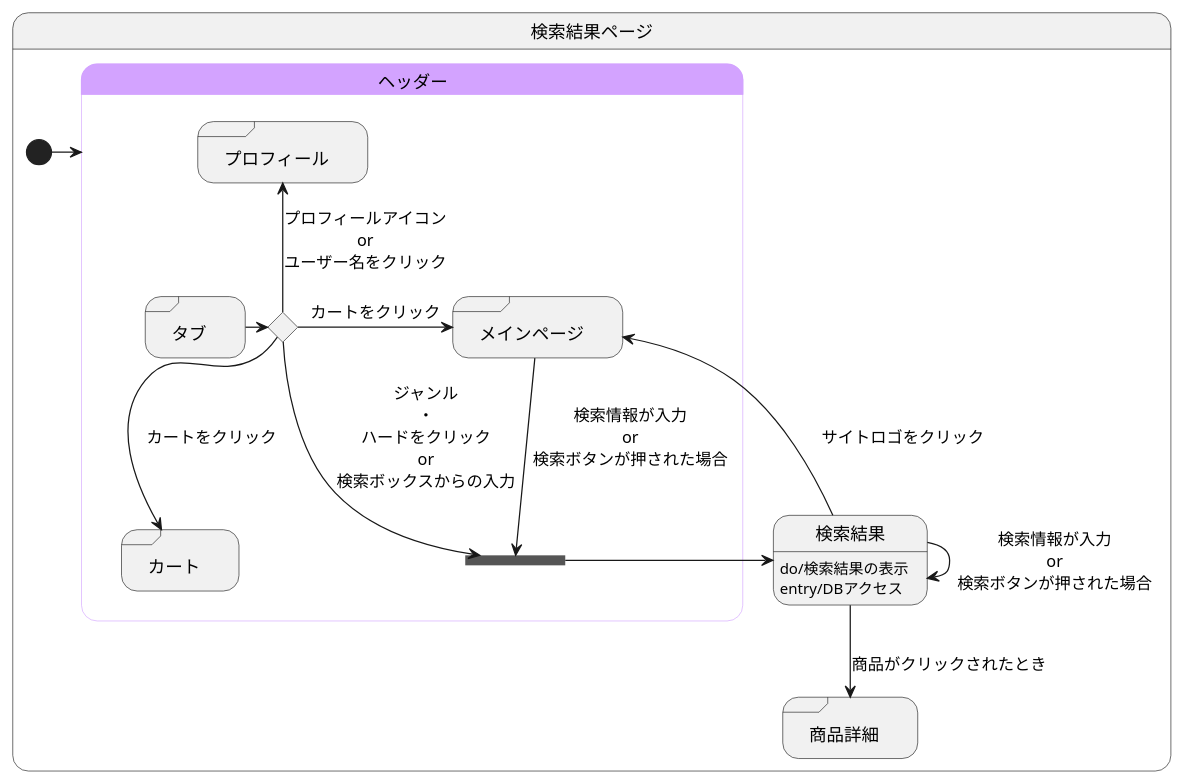
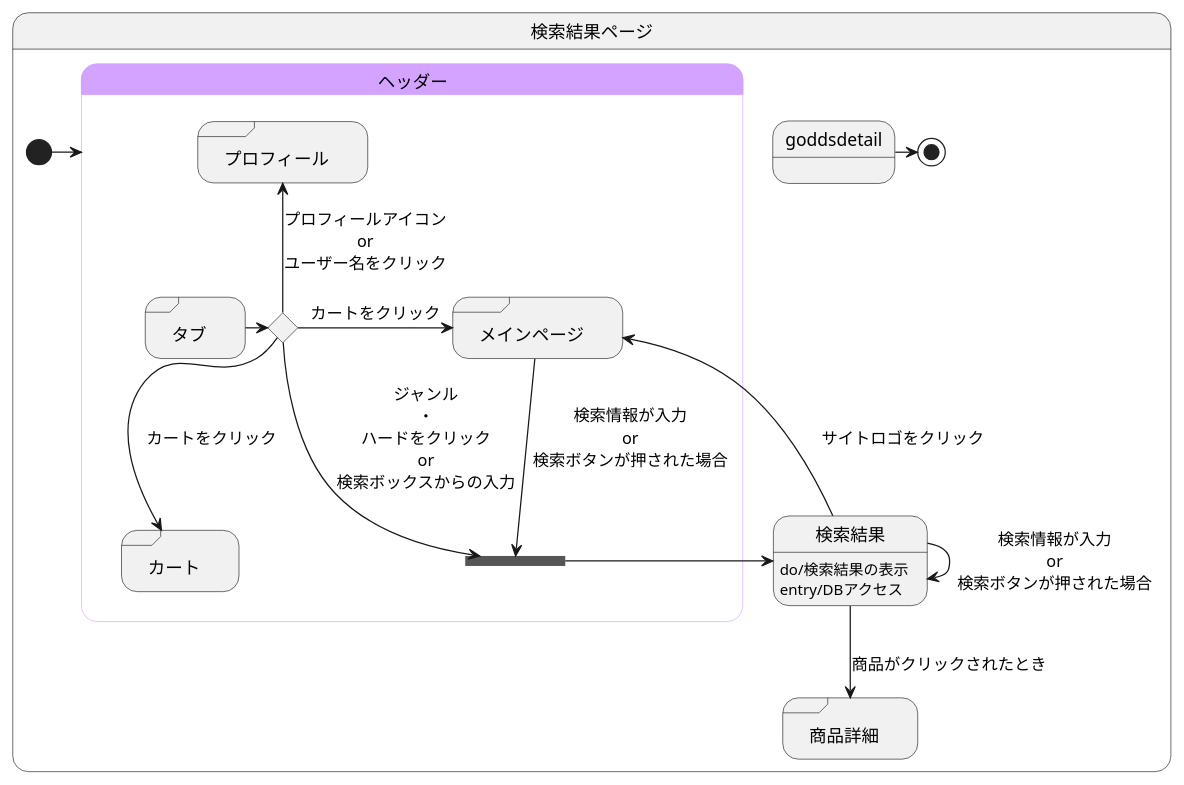
The diagram in 検索結果.md (akutori/T-D-E), drawn with PlantUML before and after one commit.

Commit message:
終点の追加

````diff
--- a/検索結果.md
+++ b/検索結果.md
@@ -1,43 +1,44 @@
 ```uml
 @startuml
 state 検索結果ページ{
 
 
     state 検索結果:do/検索結果の表示
     state 検索結果:entry/DBアクセス
     state "商品詳細" as goodsdetail <<sdlreceive>>
     
 
 
     [*] -> ヘッダー
     
     検索結果 --> goodsdetail :商品がクリックされたとき
     検索結果 --> 検索結果 :検索情報が入力\nor\n検索ボタンが押された場合
+    goddsdetail -> [*]
     
 
     state ヘッダー<<headder>>{
         state join_header <<join>>
         state ifinput <<choice>>
         state "タブ" as tab <<sdlreceive>>
         state "カート" as cart <<sdlreceive>>
         state "プロフィール" as profile <<sdlreceive>>
         state "メインページ" as mainpage <<sdlreceive>>
 
         tab -> ifinput 
         ifinput --> cart :カートをクリック
         ifinput -up-> profile :プロフィールアイコン\nor\nユーザー名をクリック
         ifinput -> mainpage :カートをクリック
         ifinput --> join_header :ジャンル\n・\nハードをクリック\nor\n検索ボックスからの入力
 
         mainpage --> join_header :検索情報が入力\nor\n検索ボタンが押された場合
         検索結果 --> mainpage :サイトロゴをクリック
         join_header -> 検索結果
     }
 
     skinparam stateBorderColor<<headder>> #d3a3ff
     state ヘッダー #d3a3ff
 
 }
 
 @enduml
 ```
````
